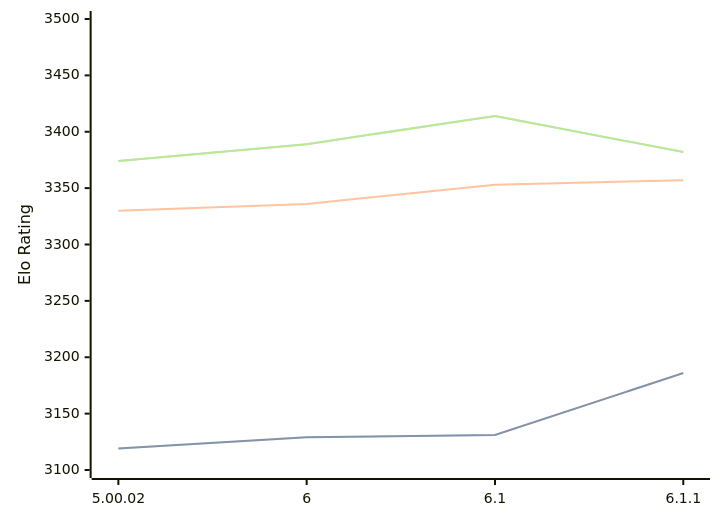
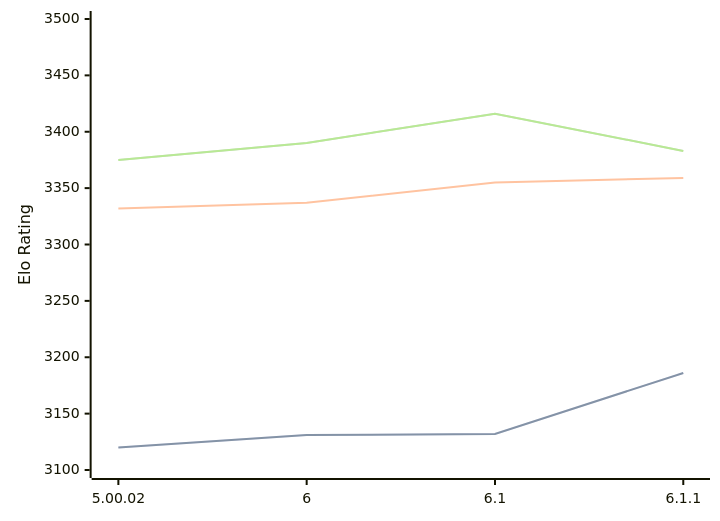
The diagram in engines/Zangdar.md (computer-chess-index/cci), drawn with Mermaid before and after one commit. The commit also changed other lines of this file, not shown here.

Commit message:
Update CCI Ratings (ELO VLTC) - 2026-06-11

````diff
--- a/engines/Zangdar.md
+++ b/engines/Zangdar.md
@@ -46,11 +46,11 @@
 ```mermaid
 %%{init: {"theme":"base","themeVariables":{"seriesColors:['#a3a3a3','#222221','#faa371']}}}%%
 xychart-beta
   x-axis ["5.00.02", "6", "6.1", "6.1.1"]
   y-axis "Elo Rating" 3100 --> 3500
-  line "STC (8.0+0.08s)" [3119, 3129, 3131, 3186]
-  line "STC (8.0+0.08s)" [3119, 3129, 3131, 3186]
-  line "LTC (60.0+0.60s)" [3330, 3336, 3353, 3357]
-  line "VLTC (2m24s+1.12s)" [3374, 3389, 3414, 3382]
-  line "VLTC (2m24s+1.12s)" [3374, 3389, 3414, 3382]
+  line "STC (8.0+0.08s)" [3120, 3131, 3132, 3186]
+  line "STC (8.0+0.08s)" [3120, 3131, 3132, 3186]
+  line "LTC (60.0+0.60s)" [3332, 3337, 3355, 3359]
+  line "VLTC (2m24s+1.12s)" [3375, 3390, 3416, 3383]
+  line "VLTC (2m24s+1.12s)" [3375, 3390, 3416, 3383]
 ```
````
